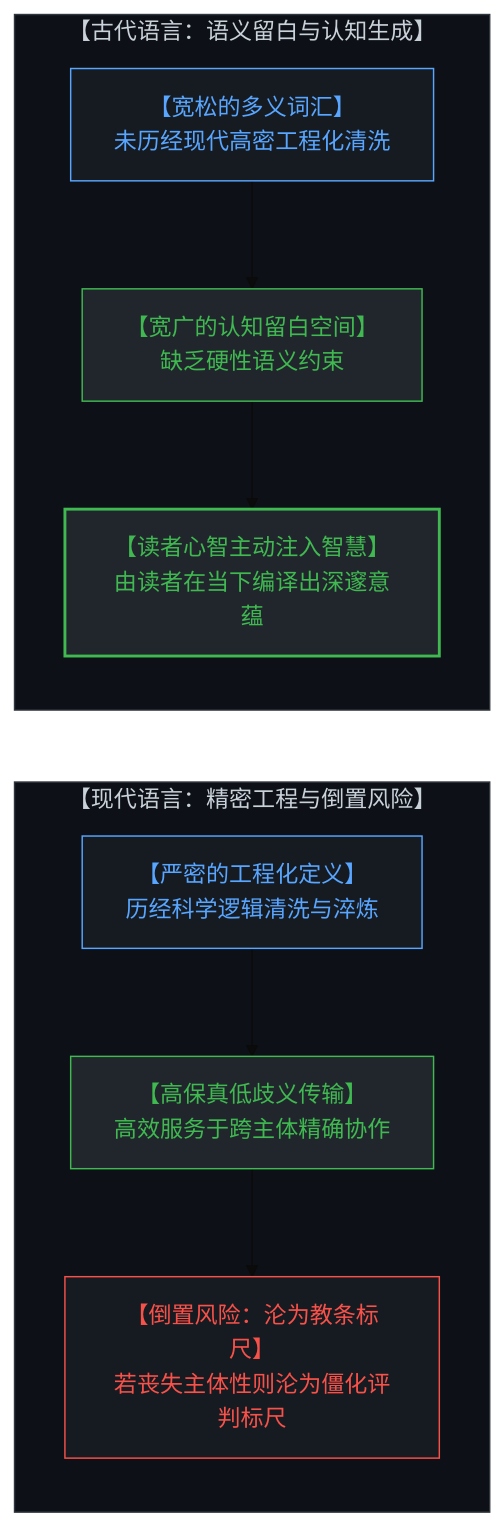
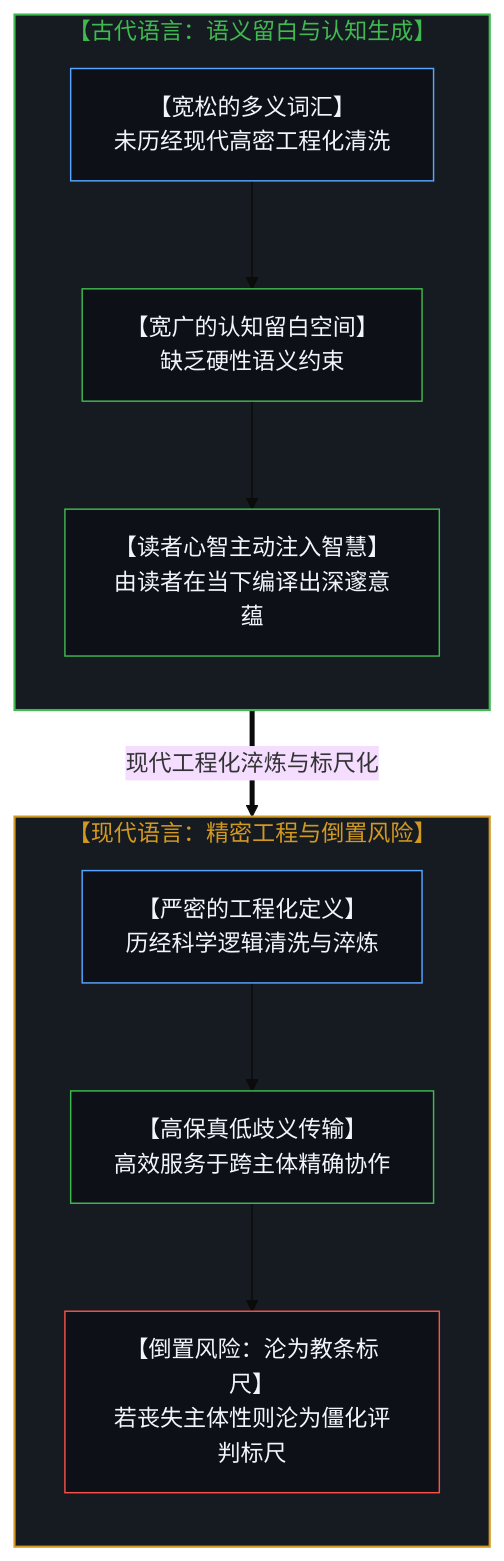
The fifth of 16 diagrams in content/posts/the-dissolution-of-the-great-reversal.md (powerpig99/not-a-toe), drawn with Mermaid (base theme) before and after one commit. The commit also changed other lines of this file and 11 other files, not shown here.

````diff
--- a/content/posts/the-dissolution-of-the-great-reversal.md
+++ b/content/posts/the-dissolution-of-the-great-reversal.md
@@ -219,31 +189,31 @@
 ```mermaid
-graph TD
-    subgraph AncientSpace["【古代语言：语义留白与认知生成】"]
+flowchart TD
+    subgraph S_Ancient["【古代语言：语义留白与认知生成】"]
         direction TB
-        AncientLexicon["【宽松的多义词汇】<br>未历经现代高密工程化清洗"]
-        CognitiveMargin["【宽广的认知留白空间】<br>缺乏硬性语义约束"]
-        ReaderGeneration["【读者心智主动注入智慧】<br>由读者在当下编译出深邃意蕴"]
+        AncientLexicon["【宽松的多义词汇】<br/>未历经现代高密工程化清洗"]
+        CognitiveMargin["【宽广的认知留白空间】<br/>缺乏硬性语义约束"]
+        ReaderGeneration["【读者心智主动注入智慧】<br/>由读者在当下编译出深邃意蕴"]
         AncientLexicon --> CognitiveMargin
         CognitiveMargin --> ReaderGeneration
     end
 
-    subgraph ModernPrecision["【现代语言：精密工程与倒置风险】"]
+    S_Ancient ==>|"现代工程化淬炼与标尺化"| S_Modern
+
+    subgraph S_Modern["【现代语言：精密工程与倒置风险】"]
         direction TB
-        PreciseDefinitions["【严密的工程化定义】<br>历经科学逻辑清洗与淬炼"]
-        HighFidelity["【高保真低歧义传输】<br>高效服务于跨主体精确协作"]
-        OrthodoxyRisk["【倒置风险：沦为教条标尺】<br>若丧失主体性则沦为僵化评判标尺"]
+        PreciseDefinitions["【严密的工程化定义】<br/>历经科学逻辑清洗与淬炼"]
+        HighFidelity["【高保真低歧义传输】<br/>高效服务于跨主体精确协作"]
+        OrthodoxyRisk["【倒置风险：沦为教条标尺】<br/>若丧失主体性则沦为僵化评判标尺"]
         PreciseDefinitions --> HighFidelity
         HighFidelity --> OrthodoxyRisk
     end
 
-    ReaderGeneration ~~~ PreciseDefinitions
-
-    style AncientSpace fill:#0d1117,stroke:#30363d,stroke-width:1px,color:#c9d1d9
-    style AncientLexicon fill:#161b22,stroke:#58a6ff,stroke-width:1px,color:#58a6ff
-    style CognitiveMargin fill:#21262d,stroke:#3fb950,stroke-width:1px,color:#3fb950
-    style ReaderGeneration fill:#21262d,stroke:#3fb950,stroke-width:2px,color:#3fb950
-    style ModernPrecision fill:#0d1117,stroke:#30363d,stroke-width:1px,color:#c9d1d9
-    style PreciseDefinitions fill:#161b22,stroke:#58a6ff,stroke-width:1px,color:#58a6ff
-    style HighFidelity fill:#21262d,stroke:#3fb950,stroke-width:1px,color:#3fb950
-    style OrthodoxyRisk fill:#161b22,stroke:#f85149,stroke-width:1px,color:#f85149
+    style S_Ancient fill:#161b22,stroke:#3fb950,stroke-width:1.5px,color:#3fb950
+    style S_Modern fill:#161b22,stroke:#d29922,stroke-width:1.5px,color:#d29922
+    style AncientLexicon fill:#0d1117,stroke:#58a6ff,stroke-width:1px,color:#f0f6fc
+    style CognitiveMargin fill:#0d1117,stroke:#3fb950,stroke-width:1px,color:#f0f6fc
+    style ReaderGeneration fill:#0d1117,stroke:#3fb950,stroke-width:1px,color:#f0f6fc
+    style PreciseDefinitions fill:#0d1117,stroke:#58a6ff,stroke-width:1px,color:#f0f6fc
+    style HighFidelity fill:#0d1117,stroke:#3fb950,stroke-width:1px,color:#f0f6fc
+    style OrthodoxyRisk fill:#0d1117,stroke:#f85149,stroke-width:1px,color:#f0f6fc
 ```
````
